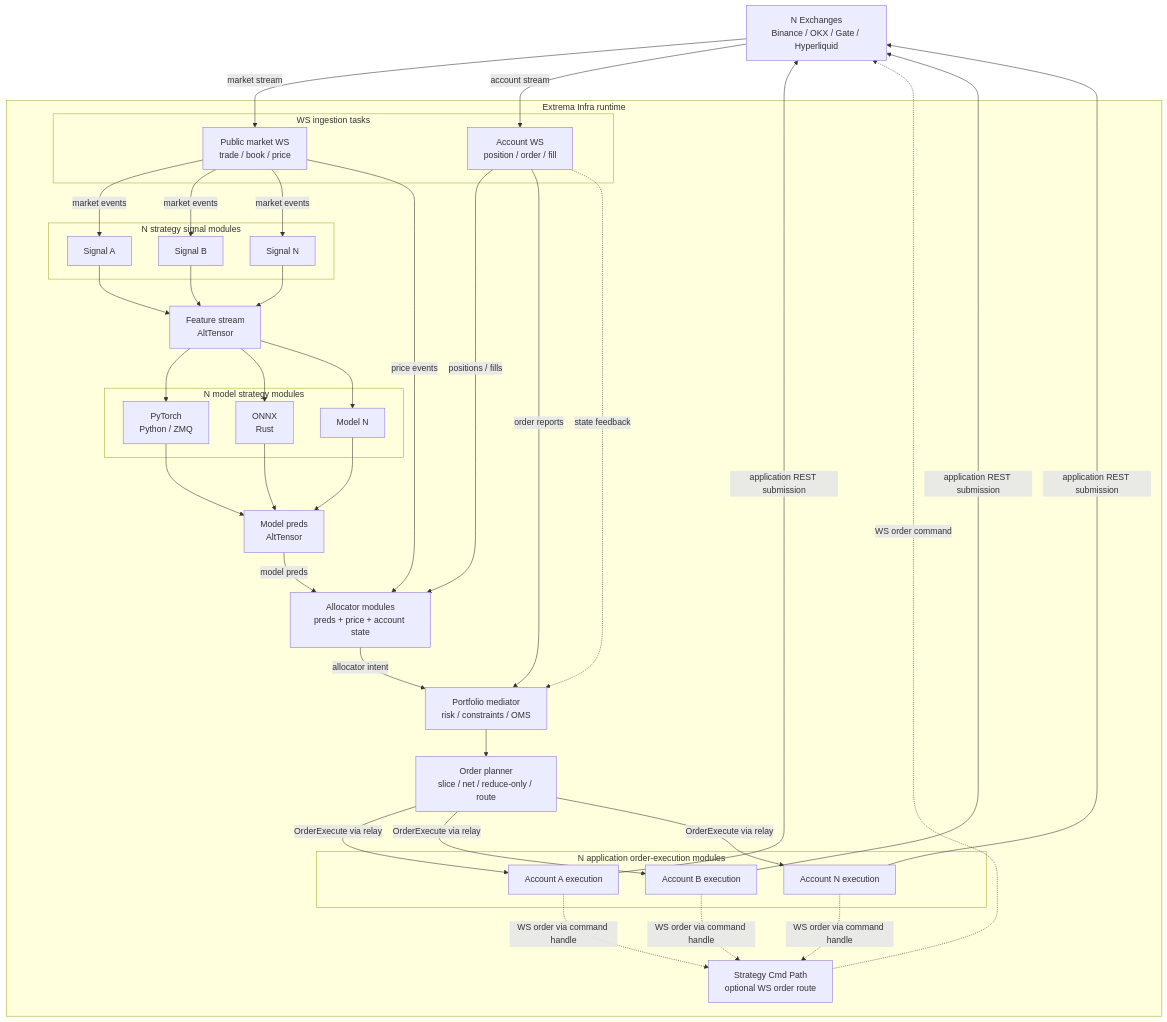
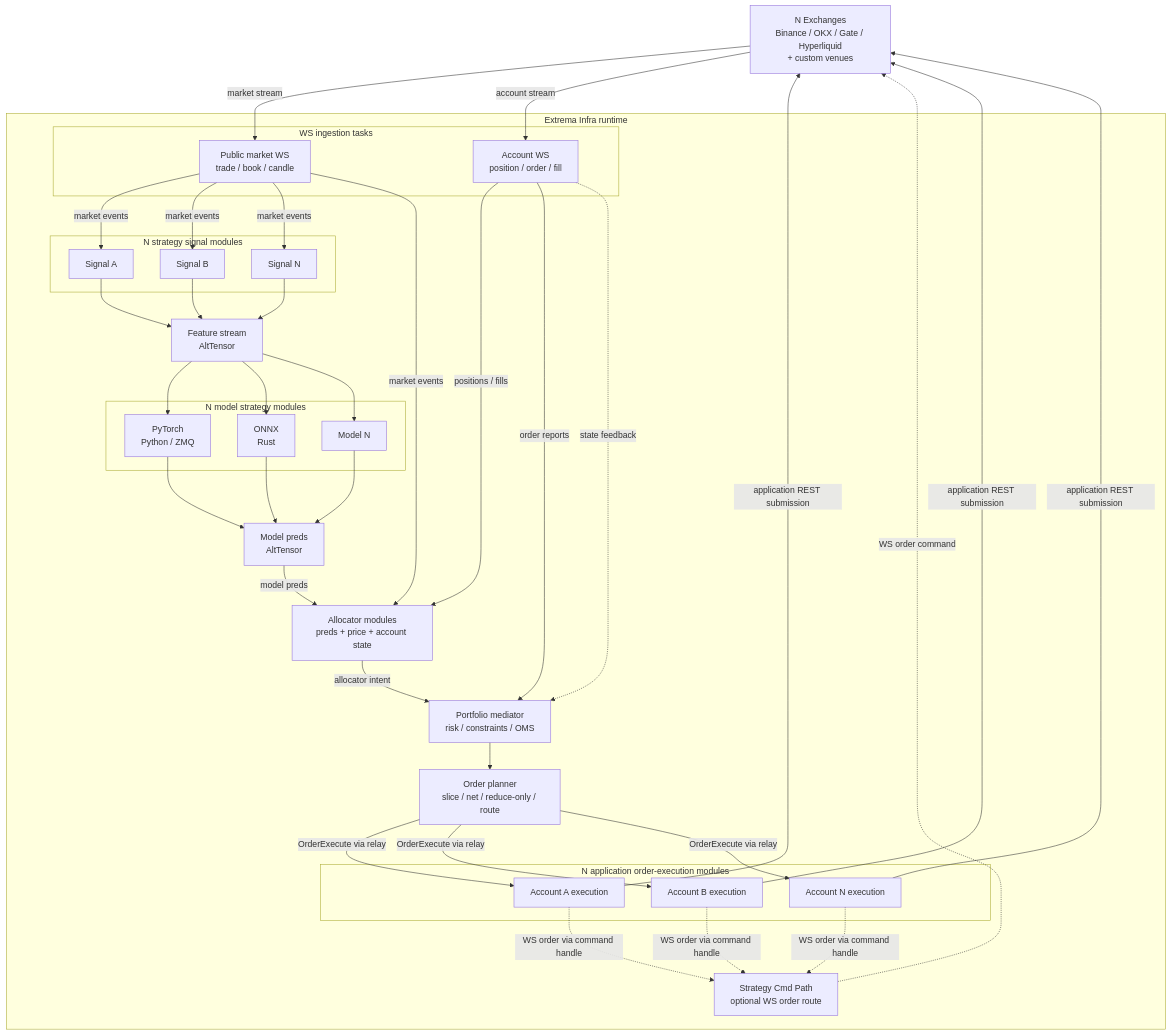
One commit to Lqz13Th/extrema_infra changed the diagram in README.md. Above: the diagram before and after it, drawn with Mermaid. The commit also changed other lines of this file and 28 other files, not shown here.

````diff
--- a/README.md
+++ b/README.md
@@ -69,81 +79,81 @@
 ```mermaid
 flowchart TB
-    EXS["N Exchanges<br/>Binance / OKX / Gate / Hyperliquid"]
+    EXS["N Exchanges<br/>Binance / OKX / Gate / Hyperliquid<br/>+ custom venues"]
 
     subgraph RT["Extrema Infra runtime"]
 
         subgraph INGEST["WS ingestion tasks"]
-            PUB["Public market WS<br/>trade / book / price"]
+            PUB["Public market WS<br/>trade / book / candle"]
             ACC["Account WS<br/>position / order / fill"]
         end
 
         subgraph SIGS["N strategy signal modules"]
             S1["Signal A"]
             S2["Signal B"]
             S3["Signal N"]
         end
 
         FEAT["Feature stream<br/>AltTensor"]
 
         subgraph MODELS["N model strategy modules"]
             M1["PyTorch<br/>Python / ZMQ"]
             M2["ONNX<br/>Rust"]
             M3["Model N"]
         end
 
         MPRED["Model preds<br/>AltTensor"]
         ALLOC["Allocator modules<br/>preds + price + account state"]
         PM["Portfolio mediator<br/>risk / constraints / OMS"]
         PLAN["Order planner<br/>slice / net / reduce-only / route"]
 
         subgraph ORDERS["N application order-execution modules"]
             O1["Account A execution"]
             O2["Account B execution"]
             O3["Account N execution"]
         end
 
         CMD["Strategy Cmd Path<br/>optional WS order route"]
     end
 
     EXS -->|market stream| PUB
     EXS -->|account stream| ACC
 
     PUB -->|market events| S1
     PUB -->|market events| S2
     PUB -->|market events| S3
-    PUB -->|price events| ALLOC
+    PUB -->|market events| ALLOC
 
     S1 --> FEAT
     S2 --> FEAT
     S3 --> FEAT
 
     FEAT --> M1
     FEAT --> M2
     FEAT --> M3
 
     M1 --> MPRED
     M2 --> MPRED
     M3 --> MPRED
 
     MPRED -->|model preds| ALLOC
     ACC -->|positions / fills| ALLOC
     ACC -->|order reports| PM
 
     ALLOC -->|allocator intent| PM
     PM --> PLAN
 
     PLAN -->|OrderExecute via relay| O1
     PLAN -->|OrderExecute via relay| O2
     PLAN -->|OrderExecute via relay| O3
 
     O1 -->|application REST submission| EXS
     O2 -->|application REST submission| EXS
     O3 -->|application REST submission| EXS
 
     O1 -.->|WS order via command handle| CMD
     O2 -.->|WS order via command handle| CMD
     O3 -.->|WS order via command handle| CMD
     CMD -.->|WS order command| EXS
 
     ACC -.->|state feedback| PM
 ```
````
